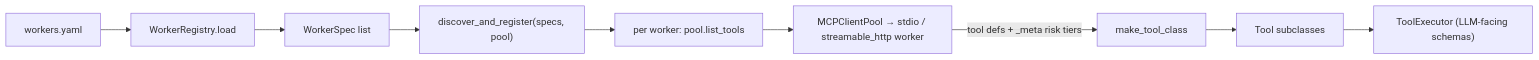
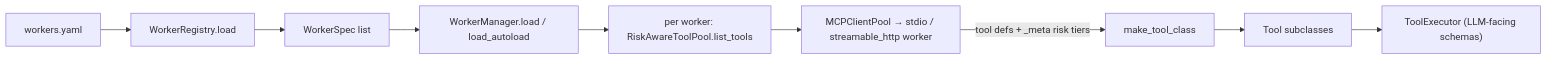
Before and after one commit to EdibleTuber/agent_core: the second of 3 diagrams in README.md, drawn with Mermaid. The commit also changed other lines of this file and 12 other files, not shown here.

````diff
--- a/README.md
+++ b/README.md
@@ -49,11 +56,11 @@
 ```mermaid
 flowchart LR
     YAML["workers.yaml"] --> REG["WorkerRegistry.load"]
     REG --> SPECS["WorkerSpec list"]
-    SPECS --> DAR["discover_and_register(specs, pool)"]
-    DAR --> LT["per worker: pool.list_tools"]
+    SPECS --> DAR["WorkerManager.load / load_autoload"]
+    DAR --> LT["per worker: RiskAwareToolPool.list_tools"]
     LT --> MCP["MCPClientPool → stdio / streamable_http worker"]
     MCP -->|"tool defs + _meta risk tiers"| MTC["make_tool_class"]
     MTC --> TC["Tool subclasses"]
     TC --> TE["ToolExecutor (LLM-facing schemas)"]
 ```
````
